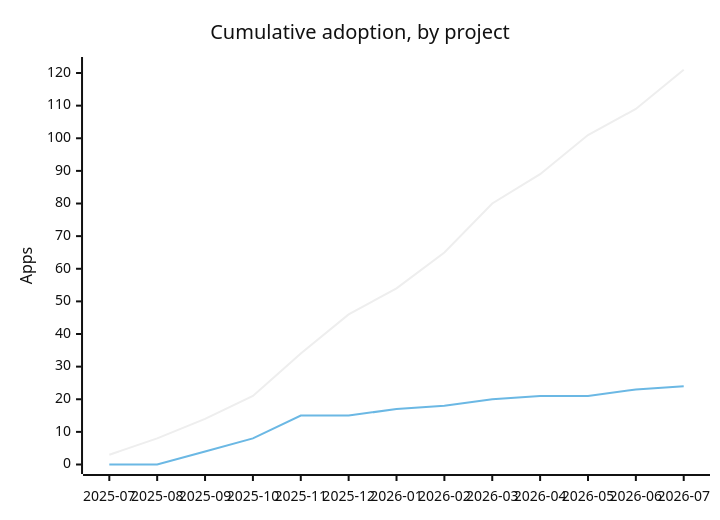
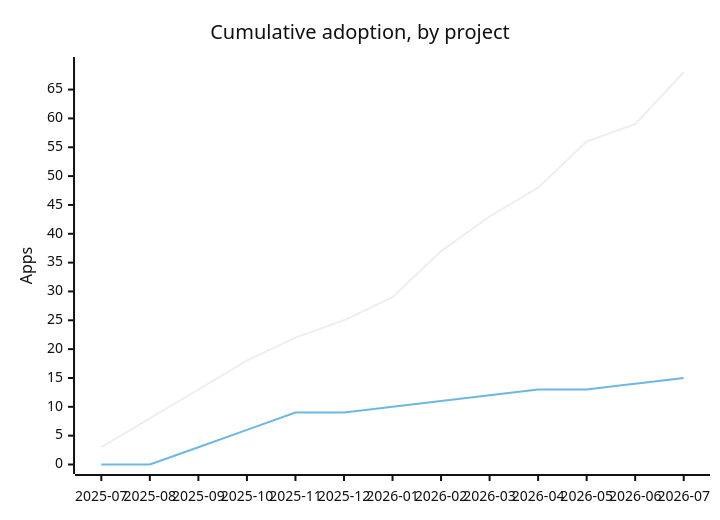
One commit to marcoroth/herb-corpus changed the first of 2 diagrams in README.md. Above: the diagram before and after it, drawn with Mermaid (neutral theme). The commit also changed other lines of this file and 2005 other files, not shown here.

````diff
--- a/README.md
+++ b/README.md
@@ -632,8 +450,8 @@
 ```mermaid
 xychart
   title "Cumulative adoption, by project"
   x-axis ["2025-07", "2025-08", "2025-09", "2025-10", "2025-11", "2025-12", "2026-01", "2026-02", "2026-03", "2026-04", "2026-05", "2026-06", "2026-07"]
-  y-axis "Apps" 0 --> 122
-  line [3, 8, 14, 21, 34, 46, 54, 65, 80, 89, 101, 109, 121]
-  line [0, 0, 4, 8, 15, 15, 17, 18, 20, 21, 21, 23, 24]
+  y-axis "Apps" 0 --> 69
+  line [3, 8, 13, 18, 22, 25, 29, 37, 43, 48, 56, 59, 68]
+  line [0, 0, 3, 6, 9, 9, 10, 11, 12, 13, 13, 14, 15]
 ```
````
